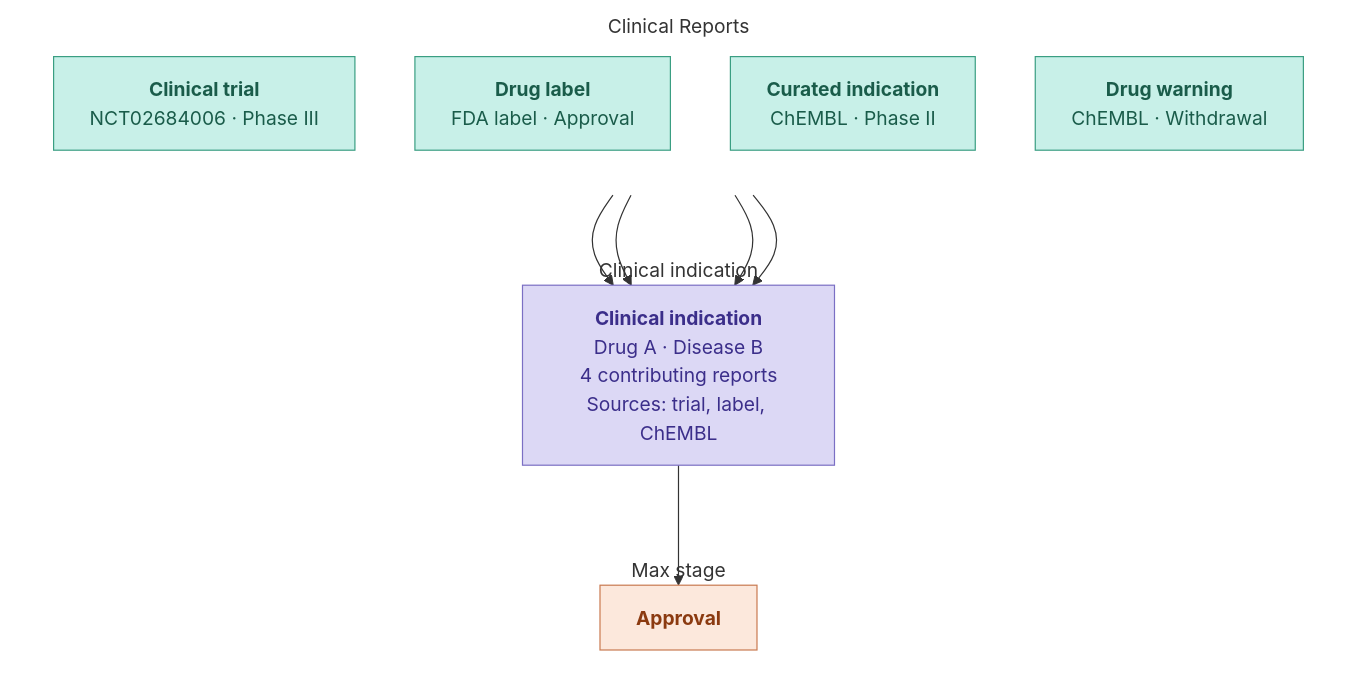
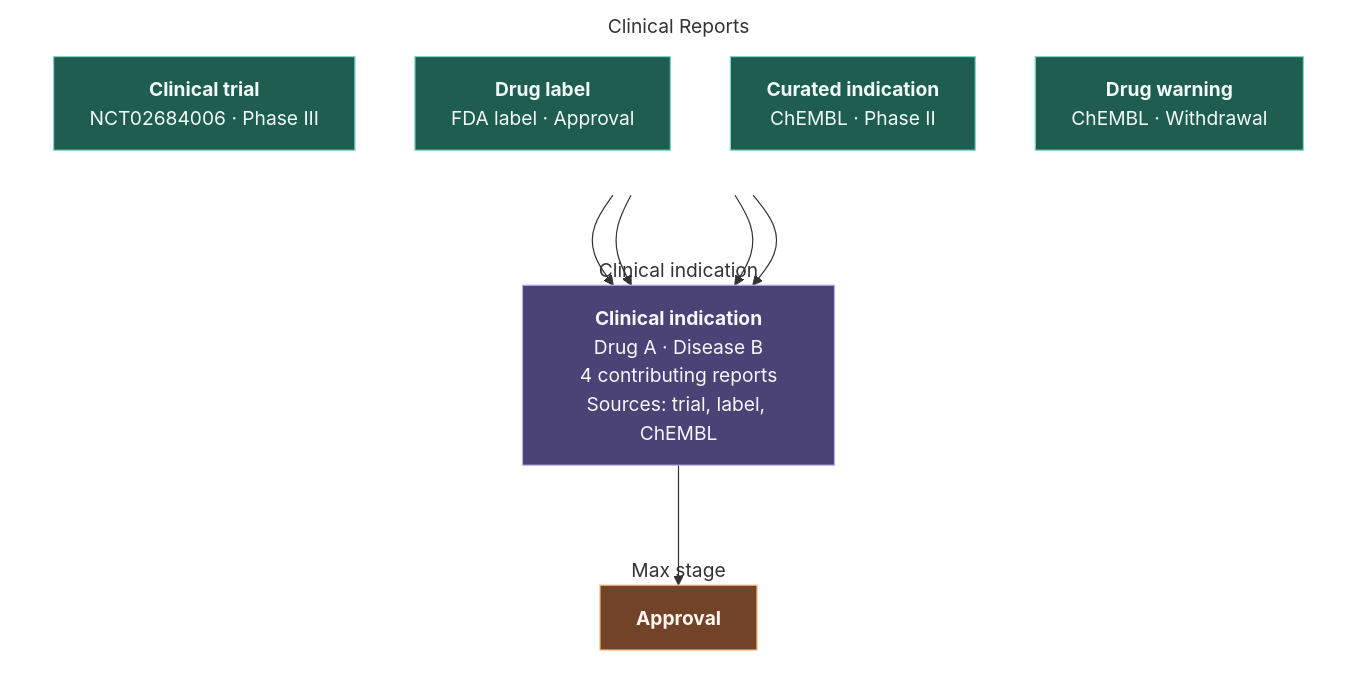
One commit to opentargets/mira changed the diagram in docs/clinical-indication.md. Above: the diagram before and after it, drawn with Mermaid. The commit also changed other lines of this file and 32 other files, not shown here.

````diff
--- a/docs/clinical-indication.md
+++ b/docs/clinical-indication.md
@@ -13,43 +13,43 @@
 ```mermaid
 flowchart TD
     CT["<b>Clinical trial</b> <br>NCT02684006 · Phase III</br>"]
     DL["<b>Drug label</b> <br>FDA label · Approval</br>"]
     CI["<b>Curated indication</b><br>ChEMBL · Phase II</br>"]
     DW["<b>Drug warning</b><br>ChEMBL · Withdrawal</br>"]
 
     CLIN["<b>Clinical indication</b><br>Drug A · Disease B</br>4 contributing reports</br>Sources: trial, label, ChEMBL"]
 
     APP["<b>Approval</b>"]
 
     CT --> CLIN
     DL --> CLIN
     CI --> CLIN
     DW --> CLIN
     CLIN --> APP
 
     subgraph reports["Clinical Reports"]
         direction TB
         CT
         DL
         CI
         DW
     end
 
     subgraph indication["Clinical indication"]
         CLIN
     end
 
     subgraph maxstage["Max stage"]
         APP
     end
 
-    style CT fill:#c8f0e8,stroke:#3a9e82,color:#1a5c4a
-    style DL fill:#c8f0e8,stroke:#3a9e82,color:#1a5c4a
-    style CI fill:#c8f0e8,stroke:#3a9e82,color:#1a5c4a
-    style DW fill:#c8f0e8,stroke:#3a9e82,color:#1a5c4a
-    style CLIN fill:#dcd8f5,stroke:#7b6fc4,color:#3b2e8a
-    style APP fill:#fce8dc,stroke:#c97a50,color:#8b3a10
+    style CT fill:#1f5d50,stroke:#7ed6c4,color:#f2fbf8
+    style DL fill:#1f5d50,stroke:#7ed6c4,color:#f2fbf8
+    style CI fill:#1f5d50,stroke:#7ed6c4,color:#f2fbf8
+    style DW fill:#1f5d50,stroke:#7ed6c4,color:#f2fbf8
+    style CLIN fill:#4b4375,stroke:#b9aeef,color:#f8f6ff
+    style APP fill:#714329,stroke:#ffb37c,color:#fff7f0
     style reports fill: transparent, stroke: transparent
     style indication fill: transparent, stroke: transparent
     style maxstage fill: transparent, stroke: transparent
 ```
````
